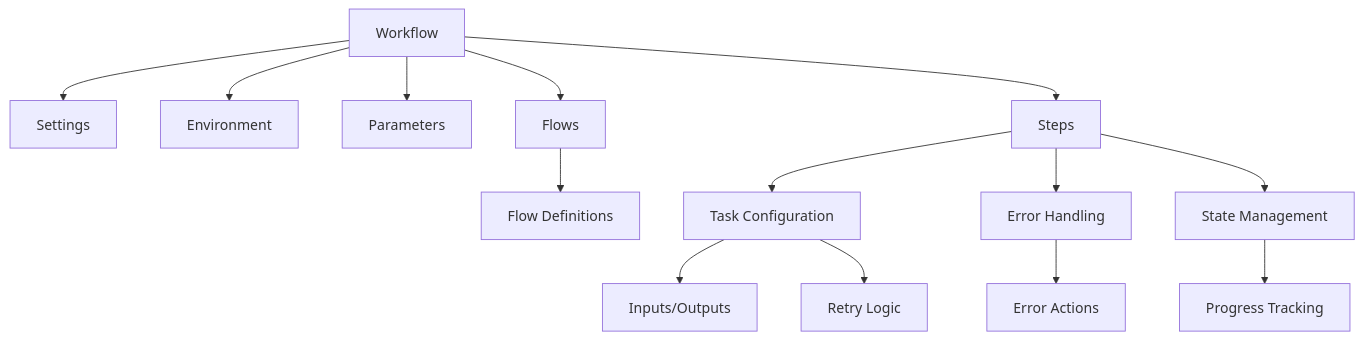
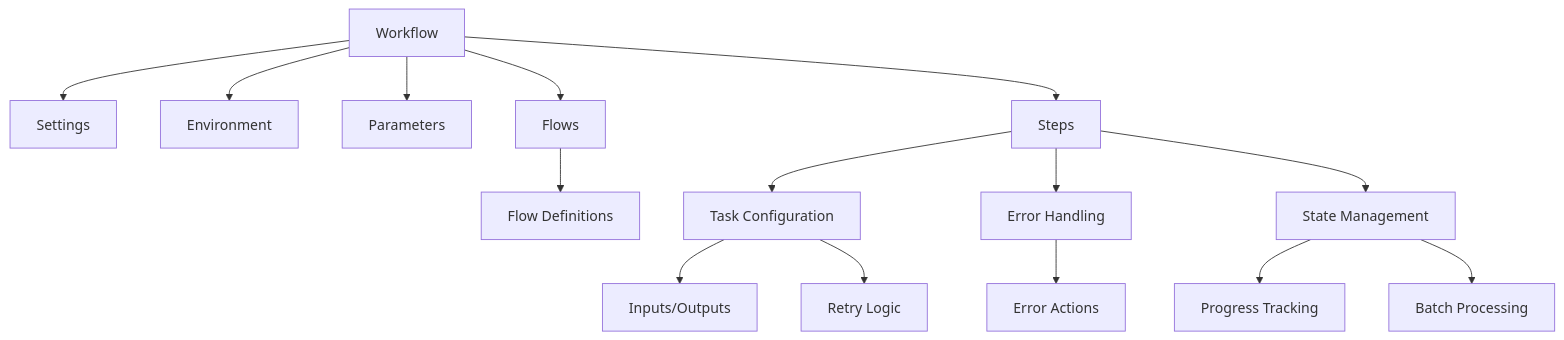
The first of 2 diagrams in docs/workflow-structure.md (orieg/yaml-workflow), drawn with Mermaid before and after one commit. The commit also changed other lines of this file and 12 other files, not shown here.

````diff
--- a/docs/workflow-structure.md
+++ b/docs/workflow-structure.md
@@ -5,16 +5,17 @@
 ```mermaid
 graph TD
     A[Workflow] --> B[Settings]
     A --> C[Environment]
     A --> D[Parameters]
     A --> E[Flows]
     A --> F[Steps]
     E --> G[Flow Definitions]
     F --> H[Task Configuration]
     F --> I[Error Handling]
     F --> J[State Management]
     H --> K[Inputs/Outputs]
     H --> L[Retry Logic]
     I --> M[Error Actions]
     J --> N[Progress Tracking]
+    J --> O[Batch Processing]
 ```
````
